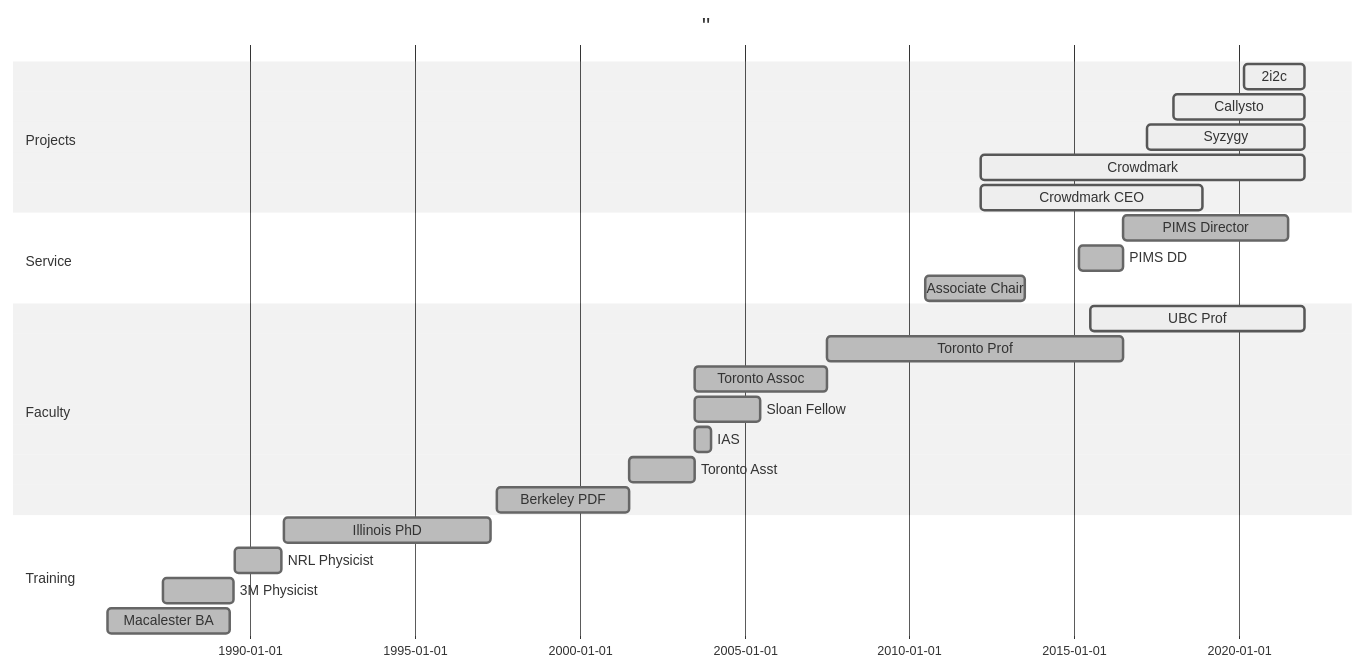
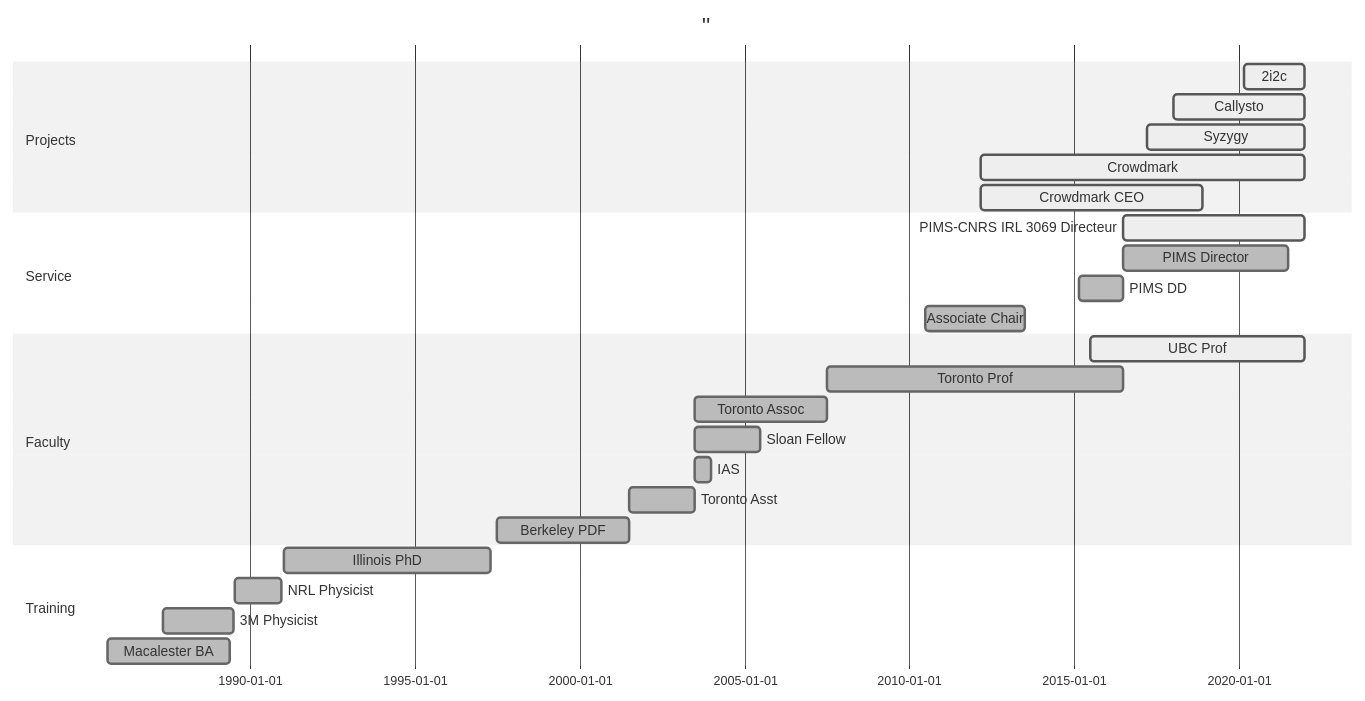
One commit to colliand/colliand-academic changed the diagram in content/home/gantt.md. Above: the diagram before and after it, drawn with Mermaid (neutral theme). The commit also changed 7 other files, not shown here.

````diff
--- a/content/home/gantt.md
+++ b/content/home/gantt.md
@@ -14,28 +14,29 @@
 ```mermaid
 gantt
     dateFormat  YYYY-MM-DD
     title       ''
     section Projects
     2i2c  :active, p5, 2020-02-25,2021-12-31
     Callysto :active, p4, 2018-01-15,2021-12-31
     Syzygy :active, p3, 2017-03-15, 2021-12-31
     Crowdmark :active, p2, 2012-03-01, 2021-12-31
     Crowdmark CEO :active, p1, 2012-03-01, 2018-11-30
     section Service 
+    PIMS-CNRS IRL 3069 Directeur :active, 2016-07-01, 2021-12-31
     PIMS Director :done, a4, 2016-07-01, 2021-06-30
     PIMS DD :done, a3, 2015-03-01, 2016-06-30
     Associate Chair :done, a2, 2010-07-01, 2013-06-30
     section Faculty
     UBC Prof      :active, f6, 2015-07-01, 2021-12-31
     Toronto Prof  :done, f5, 2007-07-01, 2016-06-30
     Toronto Assoc :done, f2, 2003-07-01,2007-06-30
     Sloan Fellow  :done, f3, 2003-07-01, 2005-06-30
     IAS    :done, f4, 2003-07-01, 2003-12-31 
     Toronto Asst  :done, f1, 2001-07-03, 2003-06-30
     Berkeley PDF  :done, t5, 1997-07-01, 2001-06-30
     section Training
     Illinois PhD  :done, t4, 1991-01-15, 1997-04-15
     NRL Physicist :done, t3, 1989-07-15, 1990-12-15 
     3M Physicist     :done, t2, 1987-05-15, 1989-06-30
     Macalester BA :done, t1, 1985-09-01, 1989-05-15
 ```
````
